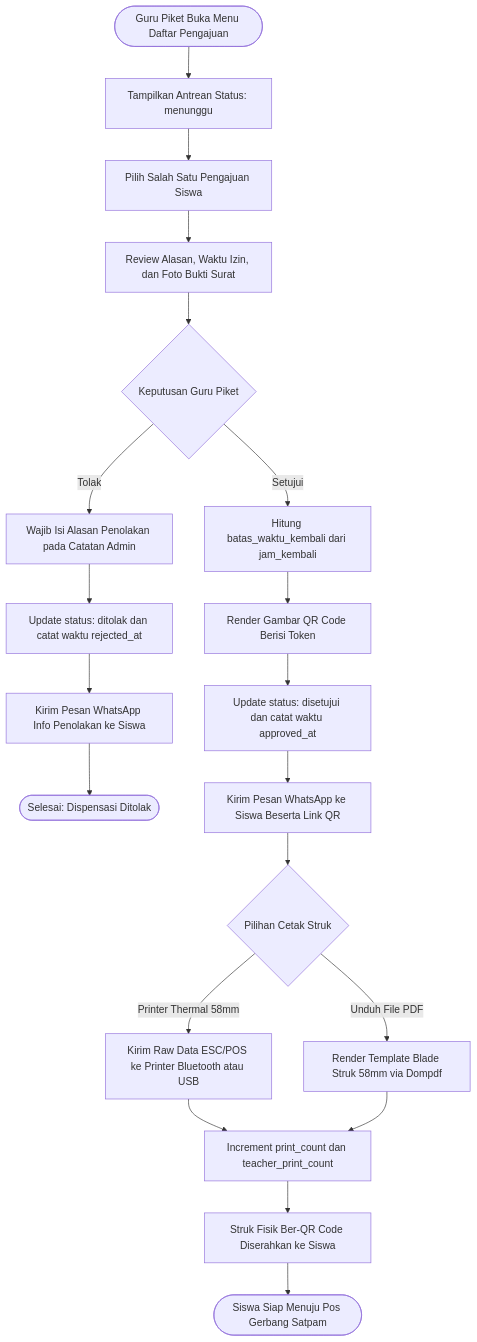
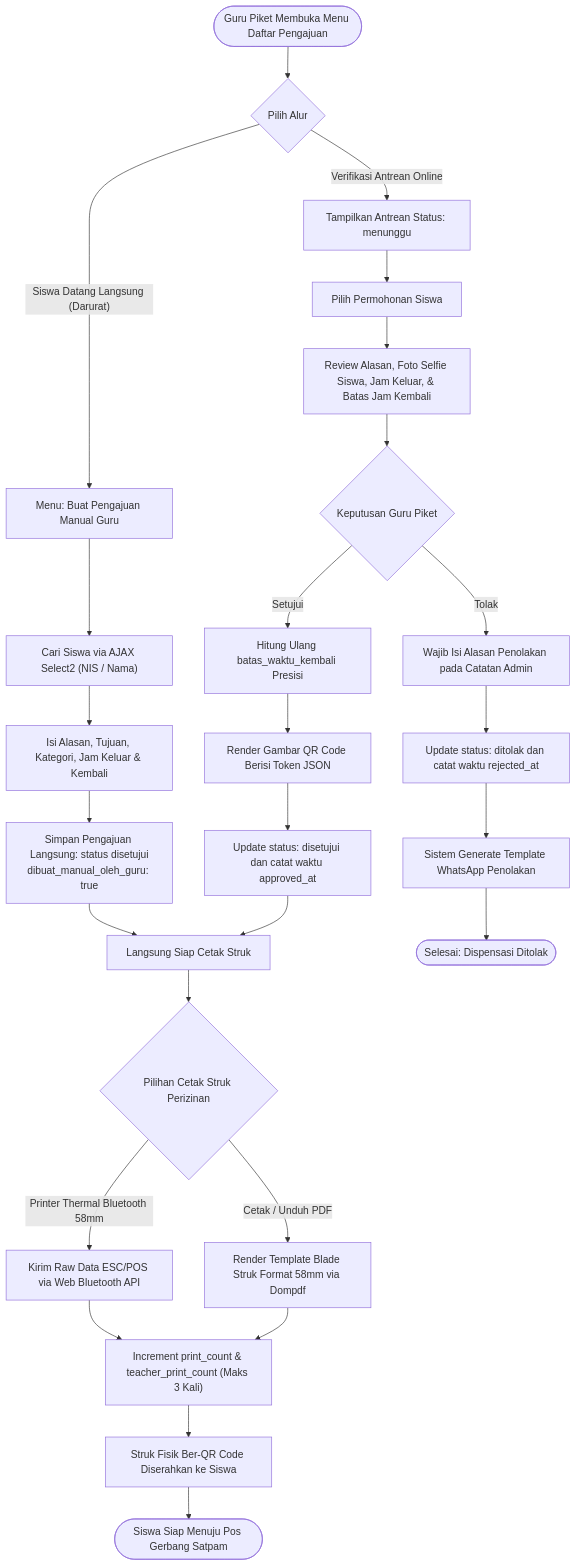
The third of 7 diagrams in FLOWCHART.MD (Zainal29/Didispen), drawn with Mermaid before and after one commit. The commit also changed other lines of this file and 3 other files, not shown here.

Commit message:
feat : perbarui README & FLOWCHART & ERD & SCRUM

````diff
--- a/FLOWCHART.MD
+++ b/FLOWCHART.MD
@@ -121,29 +124,40 @@
 ```mermaid
 flowchart TD
-    StartPiket(["Guru Piket Buka Menu Daftar Pengajuan"]) --> ViewQueue["Tampilkan Antrean Status: menunggu"]
-    ViewQueue --> SelectItem["Pilih Salah Satu Pengajuan Siswa"]
-    SelectItem --> ReviewDetail["Review Alasan, Waktu Izin, dan Foto Bukti Surat"]
+    StartPiket(["Guru Piket Membuka Menu Daftar Pengajuan"]) --> ChoicePiket{"Pilih Alur"}
+
+    %% ALUR MANUAL DI RUANG PIKET
+    ChoicePiket -- "Siswa Datang Langsung (Darurat)" --> FormManual["Menu: Buat Pengajuan Manual Guru"]
+    FormManual --> SearchSiswa["Cari Siswa via AJAX Select2 (NIS / Nama)"]
+    SearchSiswa --> InputManualData["Isi Alasan, Tujuan, Kategori, Jam Keluar & Kembali"]
+    InputManualData --> SaveManual["Simpan Pengajuan Langsung: status disetujui<br/>dibuat_manual_oleh_guru: true"]
+    SaveManual --> PrintDirect["Langsung Siap Cetak Struk"]
+
+    %% ALUR VERIFIKASI ONLINE
+    ChoicePiket -- "Verifikasi Antrean Online" --> ViewQueue["Tampilkan Antrean Status: menunggu"]
+    ViewQueue --> SelectItem["Pilih Permohonan Siswa"]
+    SelectItem --> ReviewDetail["Review Alasan, Foto Selfie Siswa, Jam Keluar, & Batas Jam Kembali"]
     
     ReviewDetail --> Decision{"Keputusan Guru Piket"}
     
     %% SKENARIO DITOLAK
     Decision -- "Tolak" --> InputReason["Wajib Isi Alasan Penolakan pada Catatan Admin"]
     InputReason --> SaveReject["Update status: ditolak dan catat waktu rejected_at"]
-    SaveReject --> SendWAReject["Kirim Pesan WhatsApp Info Penolakan ke Siswa"]
-    SendWAReject --> EndReject(["Selesai: Dispensasi Ditolak"])
+    SaveReject --> LinkWAReject["Sistem Generate Template WhatsApp Penolakan"]
+    LinkWAReject --> EndReject(["Selesai: Dispensasi Ditolak"])
 
     %% SKENARIO DISETUJUI
-    Decision -- "Setujui" --> CalcDeadline["Hitung batas_waktu_kembali dari jam_kembali"]
-    CalcDeadline --> GenerateQRImage["Render Gambar QR Code Berisi Token"]
+    Decision -- "Setujui" --> CalcApprove["Hitung Ulang batas_waktu_kembali Presisi"]
+    CalcApprove --> GenerateQRImage["Render Gambar QR Code Berisi Token JSON"]
     GenerateQRImage --> SaveApprove["Update status: disetujui dan catat waktu approved_at"]
-    SaveApprove --> SendWAApprove["Kirim Pesan WhatsApp ke Siswa Beserta Link QR"]
+    SaveApprove --> PrintDirect
+
+    %% CETAK STRUK
+    PrintDirect --> PrintOption{"Pilihan Cetak Struk Perizinan"}
+    PrintOption -- "Printer Thermal Bluetooth 58mm" --> PrintESC["Kirim Raw Data ESC/POS via Web Bluetooth API"]
+    PrintOption -- "Cetak / Unduh PDF" --> RenderPDF["Render Template Blade Struk Format 58mm via Dompdf"]
     
-    SendWAApprove --> PrintOption{"Pilihan Cetak Struk"}
-    PrintOption -- "Printer Thermal 58mm" --> PrintESC["Kirim Raw Data ESC/POS ke Printer Bluetooth atau USB"]
-    PrintOption -- "Unduh File PDF" --> RenderPDF["Render Template Blade Struk 58mm via Dompdf"]
-    
-    PrintESC --> IncCounter["Increment print_count dan teacher_print_count"]
+    PrintESC --> IncCounter["Increment print_count & teacher_print_count (Maks 3 Kali)"]
     RenderPDF --> IncCounter
     IncCounter --> StrukFisik["Struk Fisik Ber-QR Code Diserahkan ke Siswa"]
     StrukFisik --> EndApprove(["Siswa Siap Menuju Pos Gerbang Satpam"])
 ```
````
